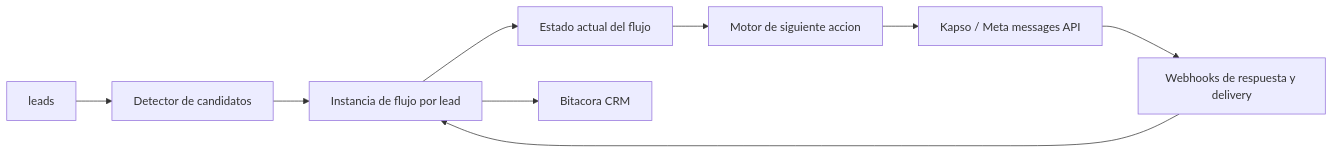
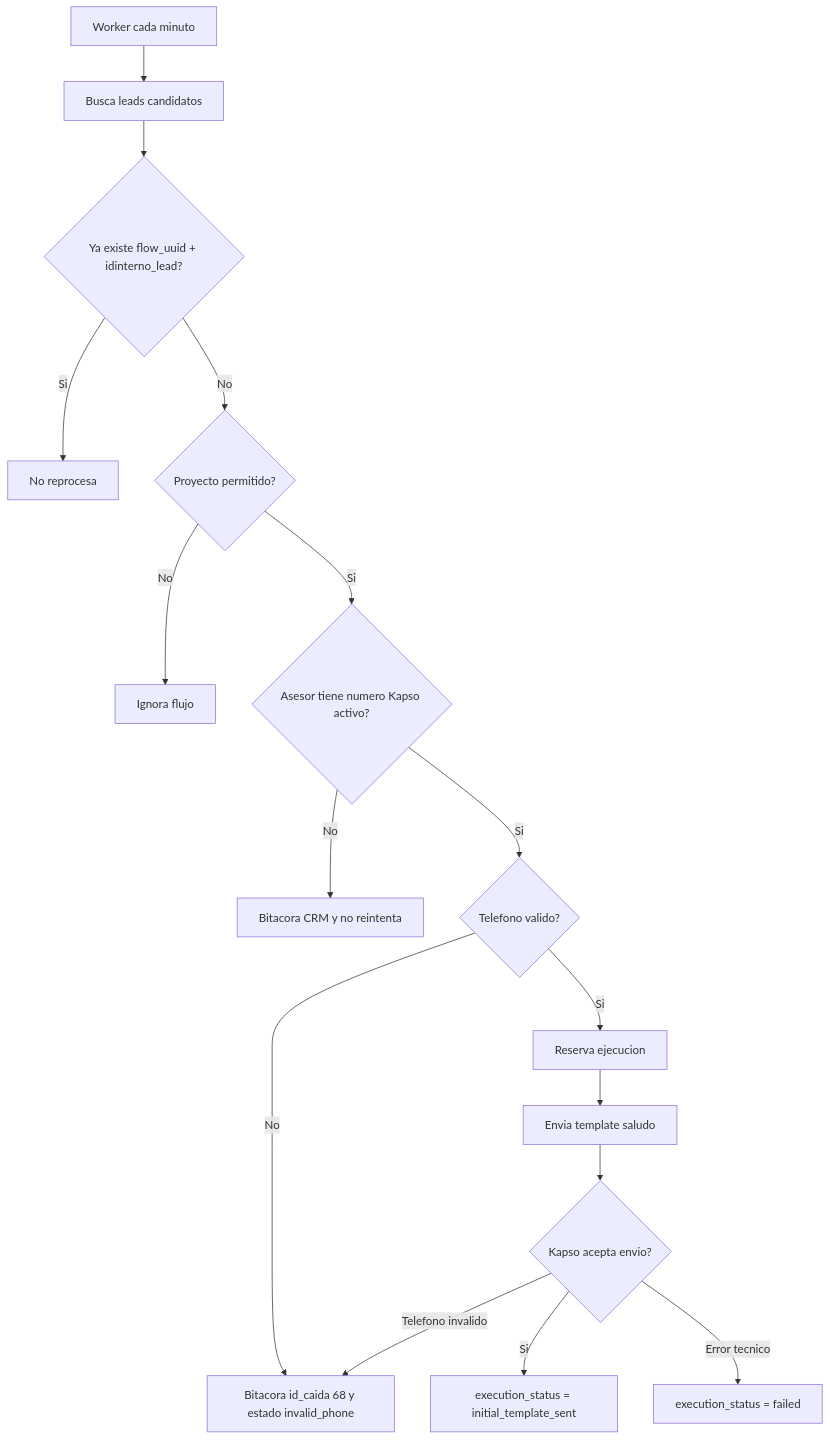
The fifth of 7 diagrams in README.md (roccacr/CRM_VENTAS), drawn with Mermaid before and after one commit. The commit also changed other lines of this file and 1 other file, not shown here.

Commit message:
docs: update Kapso business flow documentation

````diff
--- a/README.md
+++ b/README.md
@@ -347,11 +238,18 @@
 ```mermaid
-flowchart LR
-    L["leads"] --> C["Detector de candidatos"]
-    C --> F["Instancia de flujo por lead"]
-    F --> S["Estado actual del flujo"]
-    S --> E["Motor de siguiente accion"]
-    E --> K["Kapso / Meta messages API"]
-    K --> W["Webhooks de respuesta y delivery"]
-    W --> F
-    F --> B["Bitacora CRM"]
+flowchart TD
+  A["Worker cada minuto"] --> B["Busca leads candidatos"]
+  B --> C{"Ya existe flow_uuid + idinterno_lead?"}
+  C -- "Si" --> D["No reprocesa"]
+  C -- "No" --> E{"Proyecto permitido?"}
+  E -- "No" --> F["Ignora flujo"]
+  E -- "Si" --> G{"Asesor tiene numero Kapso activo?"}
+  G -- "No" --> H["Bitacora CRM y no reintenta"]
+  G -- "Si" --> I{"Telefono valido?"}
+  I -- "No" --> J["Bitacora id_caida 68 y estado invalid_phone"]
+  I -- "Si" --> K["Reserva ejecucion"]
+  K --> L["Envia template saludo"]
+  L --> M{"Kapso acepta envio?"}
+  M -- "Si" --> N["execution_status = initial_template_sent"]
+  M -- "Telefono invalido" --> J
+  M -- "Error tecnico" --> O["execution_status = failed"]
 ```
````
